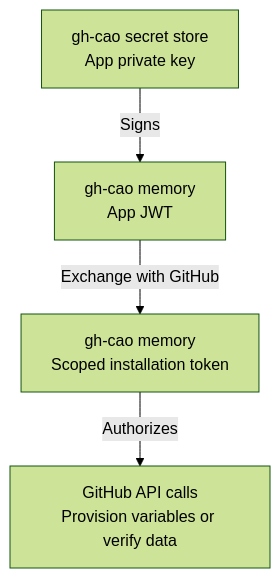
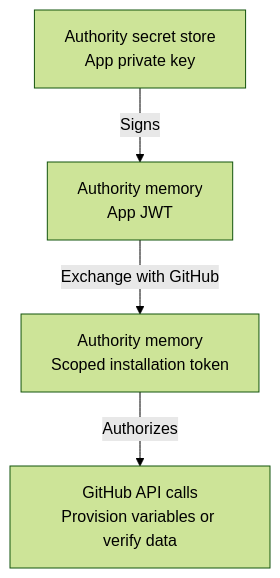
One commit to githubnext/gh-aw changed the third of 3 diagrams in docs/src/content/docs/specs/admission-service-specification.md. Above: the diagram before and after it, drawn with Mermaid (forest theme). The commit also changed other lines of this file, not shown here.

Commit message:
docs: generalize admission authority and align GitHub App usage

````diff
--- a/docs/src/content/docs/specs/admission-service-specification.md
+++ b/docs/src/content/docs/specs/admission-service-specification.md
@@ -183,10 +200,10 @@
 ```mermaid
 flowchart TD
-    K["gh-cao secret store<br/>App private key"]
-    J["gh-cao memory<br/>App JWT"]
-    T["gh-cao memory<br/>Scoped installation token"]
+    K["Authority secret store<br/>App private key"]
+    J["Authority memory<br/>App JWT"]
+    T["Authority memory<br/>Scoped installation token"]
     A["GitHub API calls<br/>Provision variables or verify data"]
     K -->|"Signs"| J
     J -->|"Exchange with GitHub"| T
     T -->|"Authorizes"| A
 ```
````
